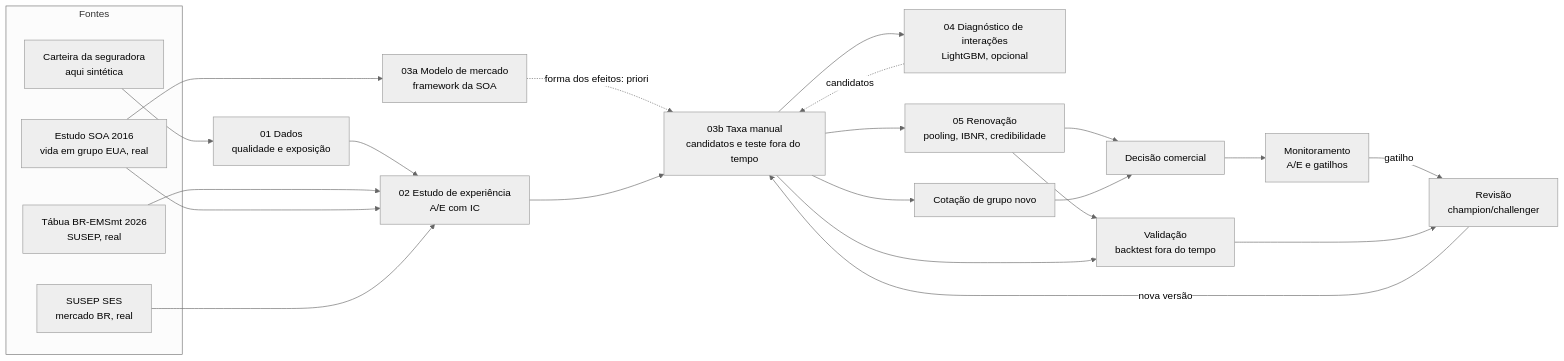
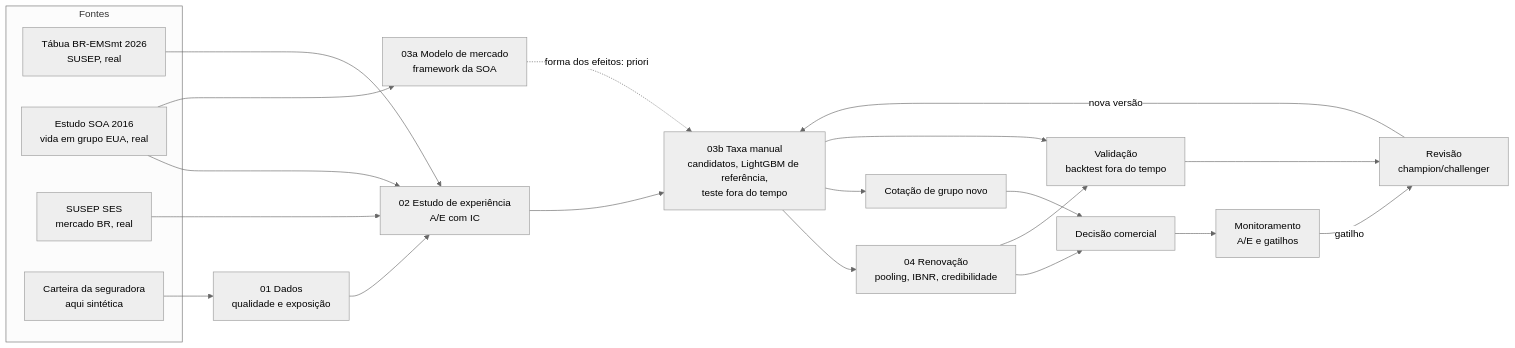
One commit to arthurpmotta02/vida-grupo-pricing changed the diagram in README.md. Above: the diagram before and after it, drawn with Mermaid (neutral theme). The commit also changed other lines of this file and 28 other files, not shown here.

Commit message:
Diagnóstico fundido no 03b, renovação como 04, cache por joblib, gráficos legíveis, sem código morto

````diff
--- a/README.md
+++ b/README.md
@@ -9,29 +9,27 @@
 ```mermaid
 flowchart LR
   subgraph F[Fontes]
     T[Tábua BR-EMSmt 2026<br/>SUSEP, real]
     SOA[Estudo SOA 2016<br/>vida em grupo EUA, real]
     SES[SUSEP SES<br/>mercado BR, real]
     C[Carteira da seguradora<br/>aqui sintética]
   end
   C --> D[01 Dados<br/>qualidade e exposição]
   D --> E[02 Estudo de experiência<br/>A/E com IC]
   T --> E
   SOA --> E
   SES --> E
   SOA --> MS[03a Modelo de mercado<br/>framework da SOA]
   MS -. forma dos efeitos: priori .-> M
-  E --> M[03b Taxa manual<br/>candidatos e teste fora do tempo]
-  M --> X[04 Diagnóstico de interações<br/>LightGBM, opcional]
-  X -. candidatos .-> M
-  M --> R[05 Renovação<br/>pooling, IBNR, credibilidade]
+  E --> M[03b Taxa manual<br/>candidatos, LightGBM de referência,<br/>teste fora do tempo]
+  M --> R[04 Renovação<br/>pooling, IBNR, credibilidade]
   M --> COT[Cotação de grupo novo]
   R --> DEC[Decisão comercial]
   COT --> DEC
   R --> V[Validação<br/>backtest fora do tempo]
   M --> V
   DEC --> MON[Monitoramento<br/>A/E e gatilhos]
   MON -- gatilho --> REV[Revisão<br/>champion/challenger]
   V --> REV
   REV -- nova versão --> M
 ```
````
